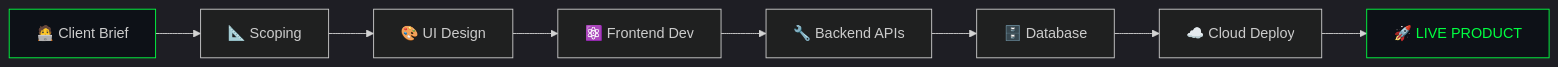
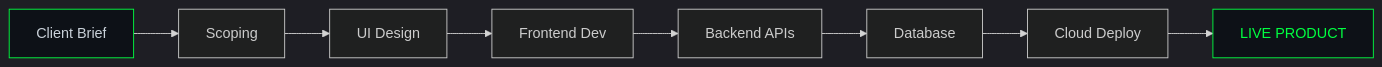
One commit to VanshBD/VanshBD changed the second of 2 diagrams in README.md. Above: the diagram before and after it, drawn with Mermaid. The commit also changed other lines of this file, not shown here.

````diff
--- a/README.md
+++ b/README.md
@@ -142,13 +133,13 @@
 ```mermaid
 %%{init: {'theme': 'dark', 'themeVariables': {'primaryColor': '#00ff41', 'edgeLabelBackground':'#0d1117', 'tertiaryColor': '#0d1117'}}}%%
 graph LR
-    A[🧑‍💻 Client Brief] --> B[📐 Scoping]
-    B --> C[🎨 UI Design]
-    C --> D[⚛️ Frontend Dev]
-    D --> E[🔧 Backend APIs]
-    E --> F[🗄️ Database]
-    F --> G[☁️ Cloud Deploy]
-    G --> H[🚀 LIVE PRODUCT]
-    style A fill:#0d1117,stroke:#00ff41
+    A[Client Brief] --> B[Scoping]
+    B --> C[UI Design]
+    C --> D[Frontend Dev]
+    D --> E[Backend APIs]
+    E --> F[Database]
+    F --> G[Cloud Deploy]
+    G --> H[LIVE PRODUCT]
+    style A fill:#0d1117,stroke:#00ff41,color:#c9d1d9
     style H fill:#0d1117,stroke:#00ff41,color:#00ff41
 ```
````
